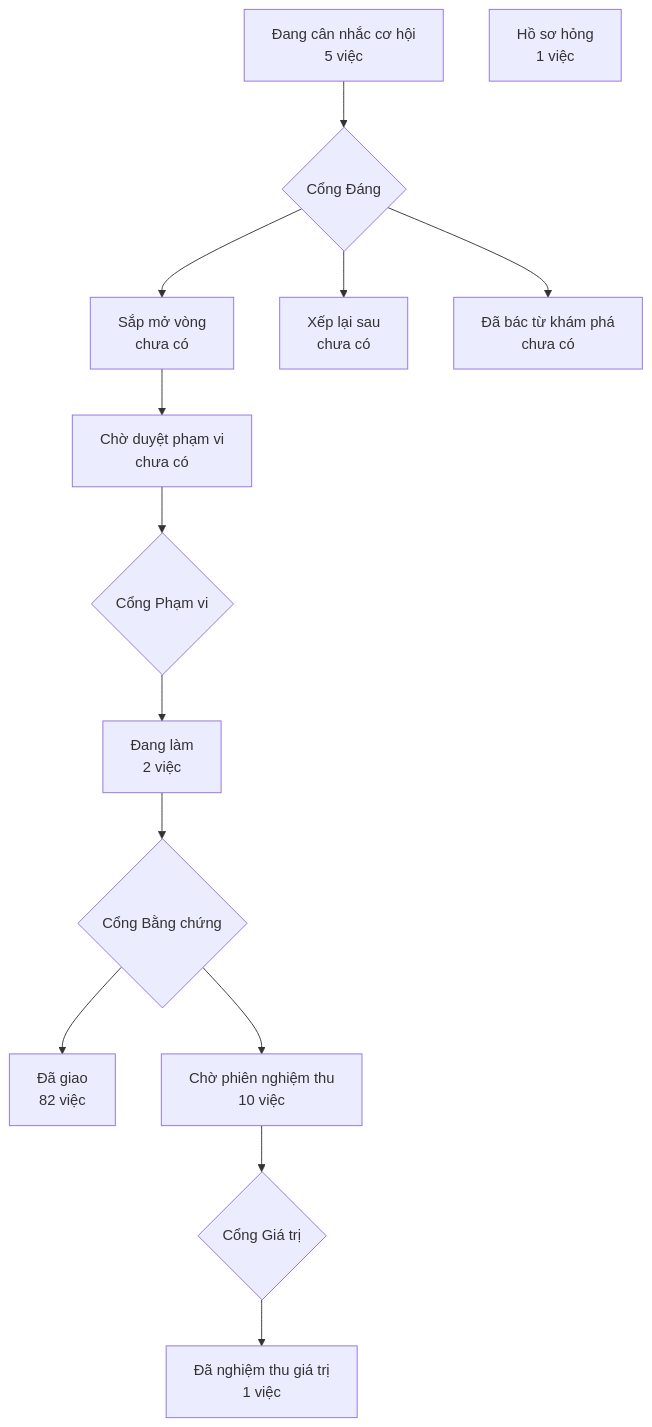
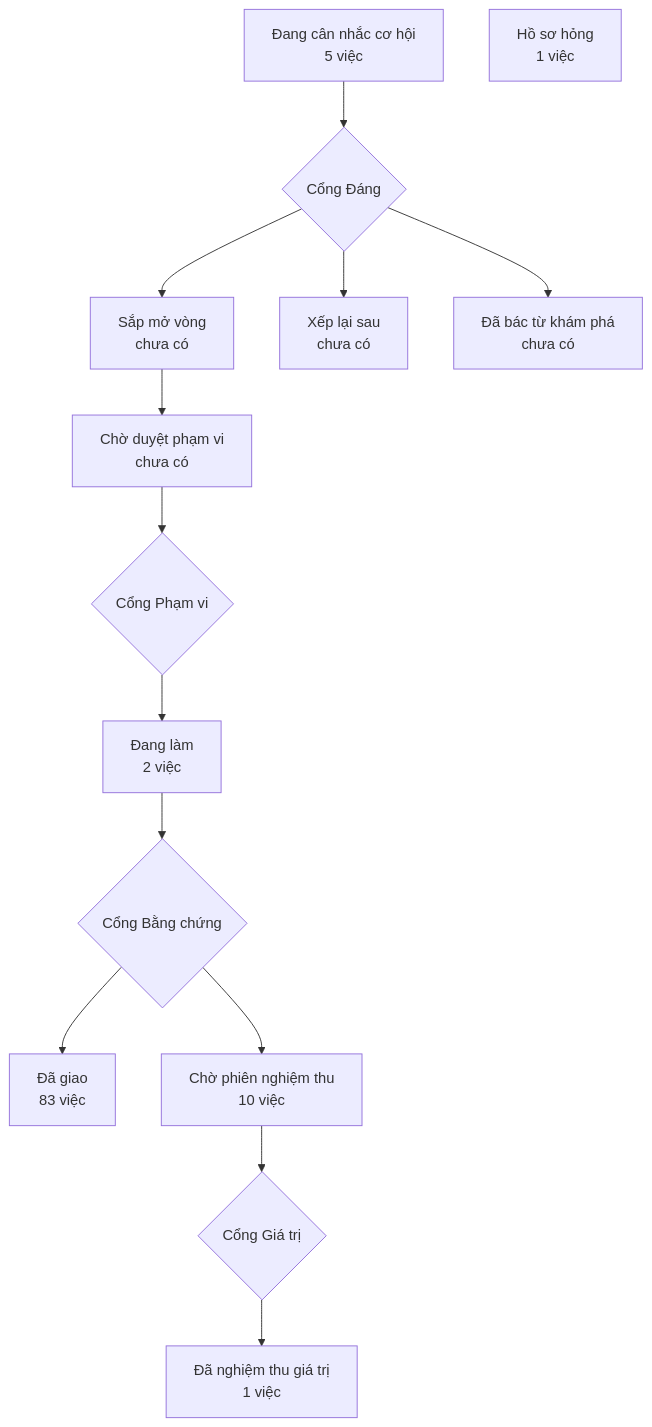
Before and after one commit to phanlemanh/crm-onehub: the diagram in PRODUCT-MAP.md, drawn with Mermaid. The commit also changed other lines of this file, not shown here.

Commit message:
chore(cap-nhat-tuan-okr): vẽ lại PRODUCT-MAP.md sau gộp onehub #148

````diff
--- a/PRODUCT-MAP.md
+++ b/PRODUCT-MAP.md
@@ -6,13 +6,13 @@
 ```mermaid
 flowchart TD
   A["Đang cân nhắc cơ hội<br/>5 việc"] --> GD{"Cổng Đáng"}
   GD --> B["Sắp mở vòng<br/>chưa có"]
   GD --> XL["Xếp lại sau<br/>chưa có"]
   GD --> DB["Đã bác từ khám phá<br/>chưa có"]
   B --> CD["Chờ duyệt phạm vi<br/>chưa có"] --> GP{"Cổng Phạm vi"}
   GP --> DL["Đang làm<br/>2 việc"] --> GB{"Cổng Bằng chứng"}
-  GB --> DG["Đã giao<br/>82 việc"]
+  GB --> DG["Đã giao<br/>83 việc"]
   GB --> CN["Chờ phiên nghiệm thu<br/>10 việc"] --> GG{"Cổng Giá trị"}
   GG --> NT["Đã nghiệm thu giá trị<br/>1 việc"]
   HS["Hồ sơ hỏng<br/>1 việc"]
 ```
````
